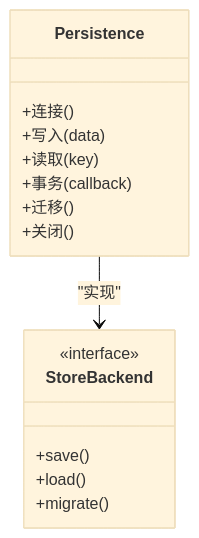
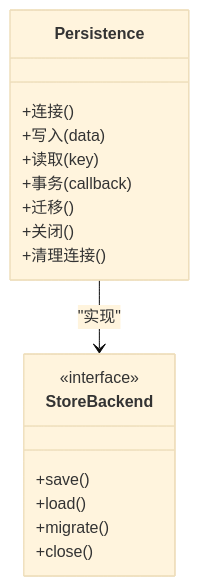
The sixth of 12 diagrams in .qoder/repowiki/zh/content/运行时系统/运行时核心.md (Ivandanslespace/thegreatnovel), drawn with Mermaid (base theme) before and after one commit. The commit also changed other lines of this file and 64 other files, not shown here.

````diff
--- a/.qoder/repowiki/zh/content/运行时系统/运行时核心.md
+++ b/.qoder/repowiki/zh/content/运行时系统/运行时核心.md
@@ -285,18 +318,20 @@
 ```mermaid
 classDiagram
 class Persistence {
 +连接()
 +写入(data)
 +读取(key)
 +事务(callback)
 +迁移()
 +关闭()
++清理连接()
 }
 class StoreBackend {
 <<interface>>
 +save()
 +load()
 +migrate()
++close()
 }
 Persistence --> StoreBackend : "实现"
 ```
````
